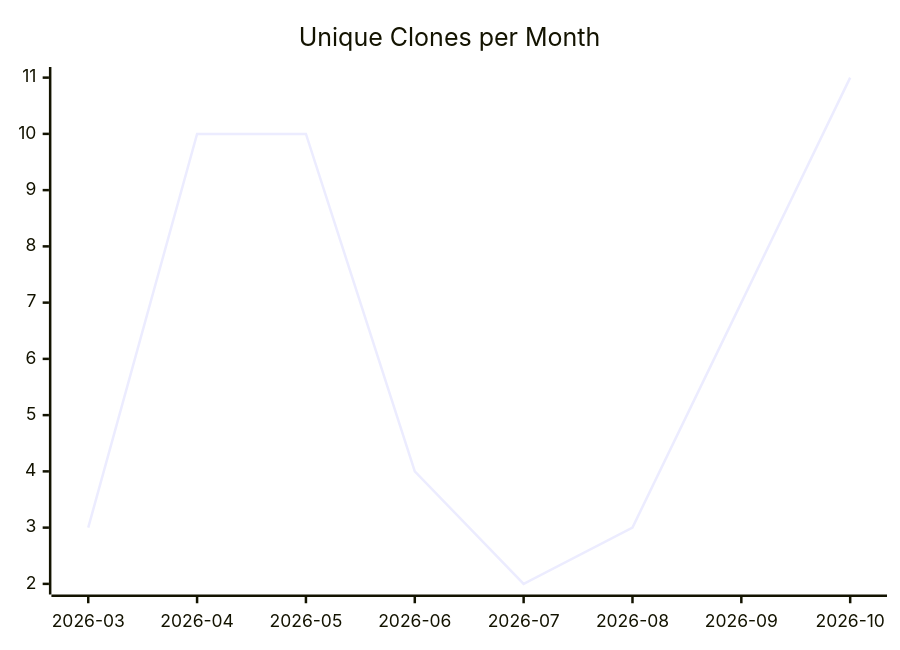
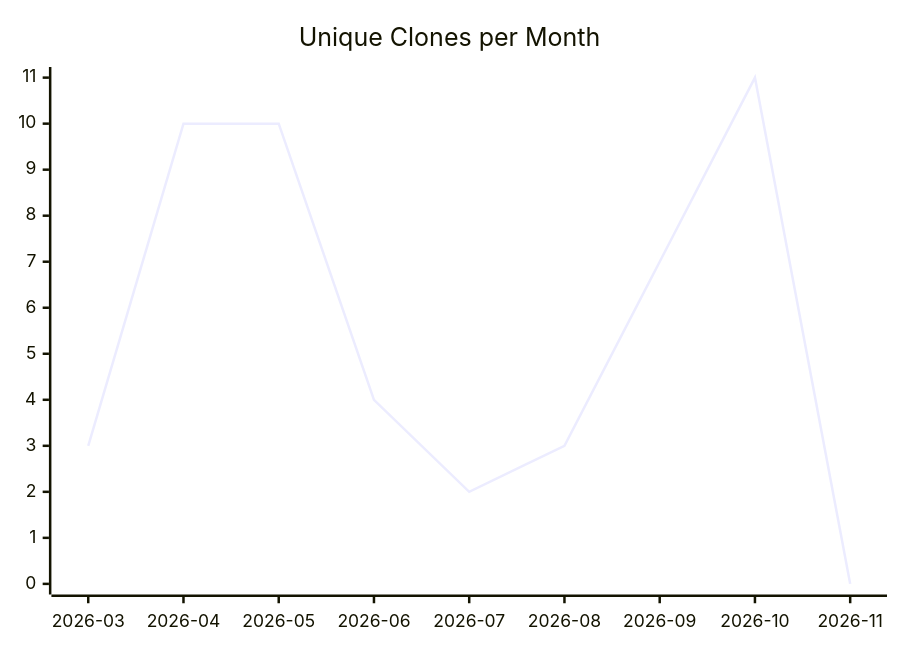
One commit to justdavis-family/github-analytics-data changed the third of 3 diagrams in karlmdavis/stockfighter-trades-solutions/README.md. Above: the diagram before and after it, drawn with Mermaid. The commit also changed other lines of this file and 201 other files, not shown here.

````diff
--- a/karlmdavis/stockfighter-trades-solutions/README.md
+++ b/karlmdavis/stockfighter-trades-solutions/README.md
@@ -19,6 +19,6 @@
 ```mermaid
 xychart-beta
   title "Unique Clones per Month"
-  x-axis ["2026-03", "2026-04", "2026-05", "2026-06", "2026-07", "2026-08", "2026-09", "2026-10"]
-  line [3, 10, 10, 4, 2, 3, 7, 11]
+  x-axis ["2026-03", "2026-04", "2026-05", "2026-06", "2026-07", "2026-08", "2026-09", "2026-10", "2026-11"]
+  line [3, 10, 10, 4, 2, 3, 7, 11, 0]
 ```
````
